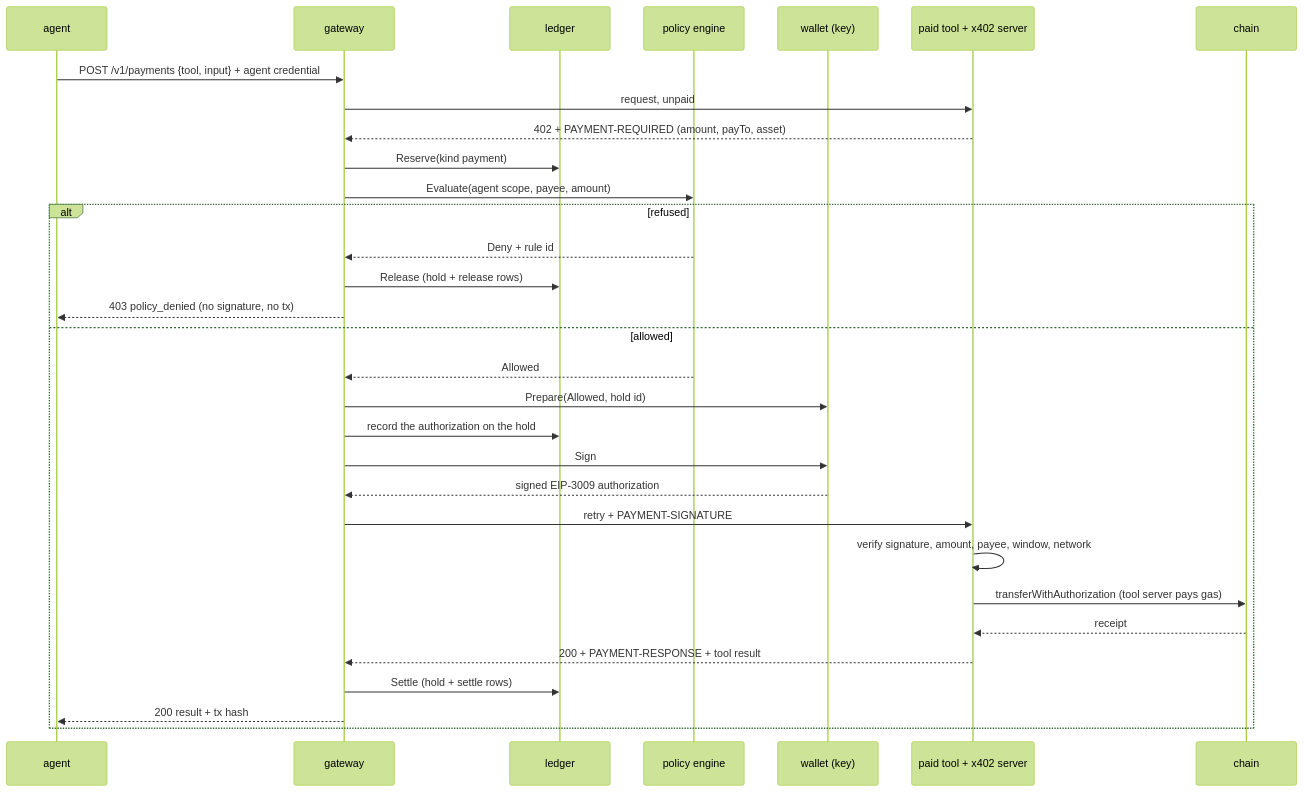
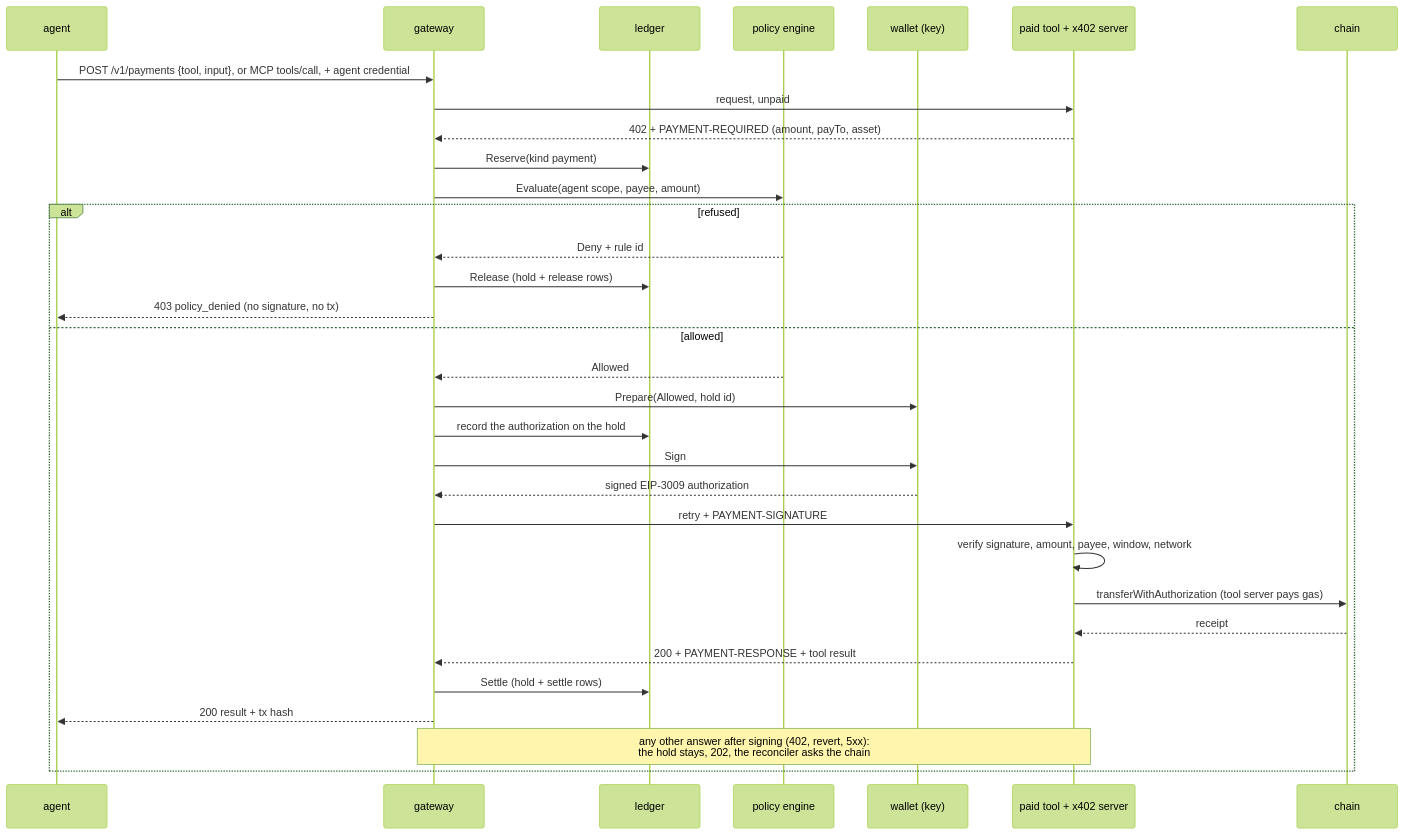
Before and after one commit to ws4charlie/agent-gate: the fourth of 6 diagrams in README.md, drawn with Mermaid (forest theme). The commit also changed other lines of this file and 23 other files, not shown here.

First line of the commit message:
T7: full agent wallet, tool payments, final README (#8)

````diff
--- a/README.md
+++ b/README.md
@@ -97,33 +151,34 @@
 ```mermaid
 sequenceDiagram
     participant A as agent
     participant G as gateway
     participant L as ledger
     participant P as policy engine
     participant W as wallet (key)
     participant T as paid tool + x402 server
     participant C as chain
-    A->>G: POST /v1/payments {tool, input} + agent credential
+    A->>G: POST /v1/payments {tool, input}, or MCP tools/call, + agent credential
     G->>T: request, unpaid
     T-->>G: 402 + PAYMENT-REQUIRED (amount, payTo, asset)
     G->>L: Reserve(kind payment)
     G->>P: Evaluate(agent scope, payee, amount)
     alt refused
         P-->>G: Deny + rule id
         G->>L: Release (hold + release rows)
         G-->>A: 403 policy_denied (no signature, no tx)
     else allowed
         P-->>G: Allowed
         G->>W: Prepare(Allowed, hold id)
         G->>L: record the authorization on the hold
         G->>W: Sign
         W-->>G: signed EIP-3009 authorization
         G->>T: retry + PAYMENT-SIGNATURE
         T->>T: verify signature, amount, payee, window, network
         T->>C: transferWithAuthorization (tool server pays gas)
         C-->>T: receipt
         T-->>G: 200 + PAYMENT-RESPONSE + tool result
         G->>L: Settle (hold + settle rows)
         G-->>A: 200 result + tx hash
+        Note over G,T: any other answer after signing (402, revert, 5xx):<br/>the hold stays, 202, the reconciler asks the chain
     end
 ```
````
